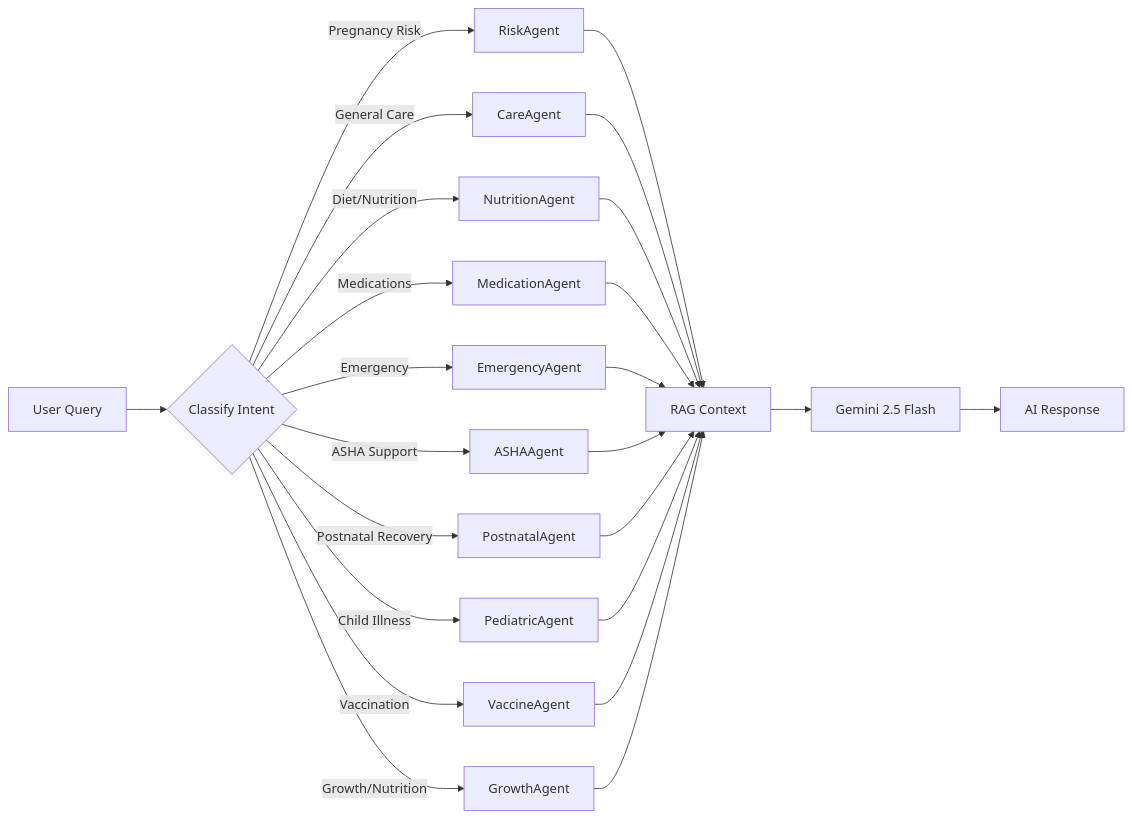
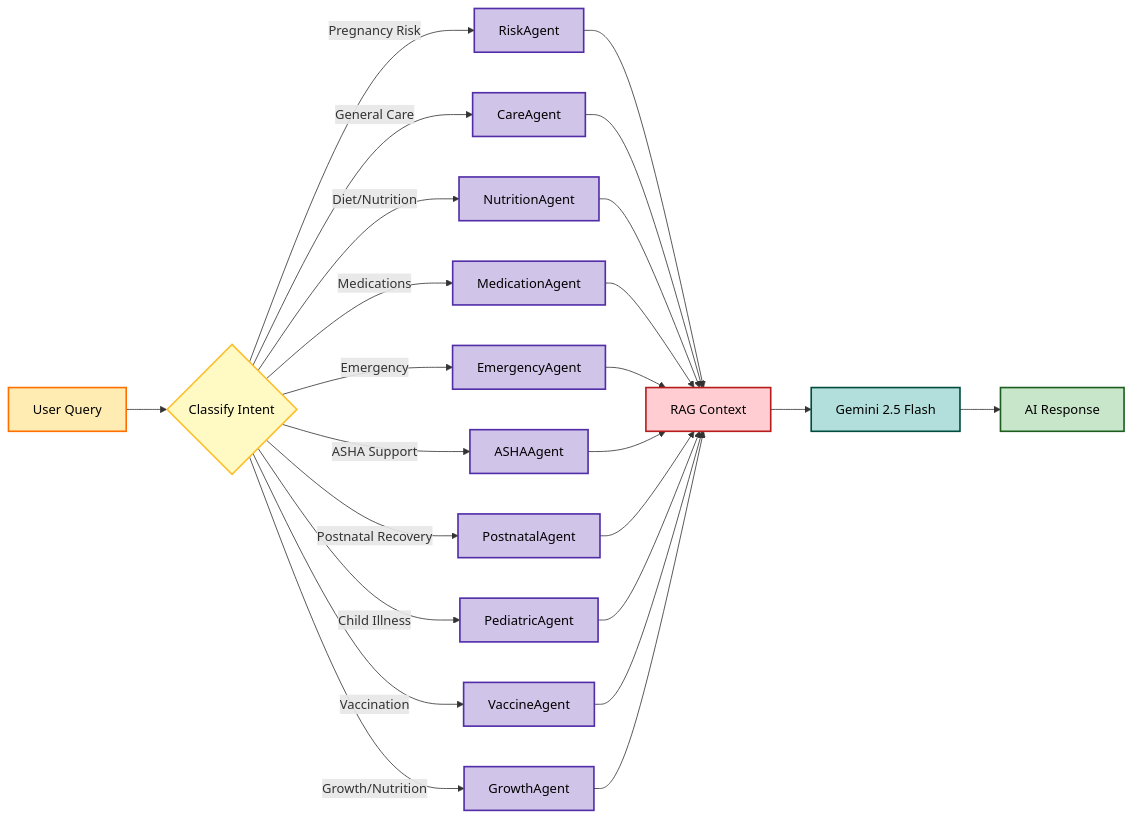
One commit to AIUtsavBot/aanchal_ai changed the second of 8 diagrams in README.md. Above: the diagram before and after it, drawn with Mermaid. The commit also changed other lines of this file, not shown here.

Commit message:
Update Mermaid diagrams with vibrant colors for better contrast

````diff
--- a/README.md
+++ b/README.md
@@ -129,29 +144,37 @@
 ```mermaid
 flowchart LR
-    Query["User Query"] --> Classify{"Classify Intent"}
+    %% Styles
+    classDef trigger fill:#ffecb3,stroke:#ff6f00,stroke-width:2px,color:black
+    classDef decision fill:#fff9c4,stroke:#fbc02d,stroke-width:2px,color:black
+    classDef agent fill:#d1c4e9,stroke:#512da8,stroke-width:2px,color:black
+    classDef rag fill:#ffcdd2,stroke:#b71c1c,stroke-width:2px,color:black
+    classDef llm fill:#b2dfdb,stroke:#004d40,stroke-width:2px,color:black
+    classDef output fill:#c8e6c9,stroke:#1b5e20,stroke-width:2px,color:black
+
+    Query["User Query"]:::trigger --> Classify{"Classify Intent"}:::decision
     
-    Classify -->|"Pregnancy Risk"| Risk["RiskAgent"]
-    Classify -->|"General Care"| Care["CareAgent"]
-    Classify -->|"Diet/Nutrition"| Nutrition["NutritionAgent"]
-    Classify -->|"Medications"| Medication["MedicationAgent"]
-    Classify -->|"Emergency"| Emergency["EmergencyAgent"]
-    Classify -->|"ASHA Support"| ASHA["ASHAAgent"]
-    Classify -->|"Postnatal Recovery"| Postnatal["PostnatalAgent"]
-    Classify -->|"Child Illness"| Pediatric["PediatricAgent"]
-    Classify -->|"Vaccination"| Vaccine["VaccineAgent"]
-    Classify -->|"Growth/Nutrition"| Growth["GrowthAgent"]
+    Classify -->|"Pregnancy Risk"| Risk["RiskAgent"]:::agent
+    Classify -->|"General Care"| Care["CareAgent"]:::agent
+    Classify -->|"Diet/Nutrition"| Nutrition["NutritionAgent"]:::agent
+    Classify -->|"Medications"| Medication["MedicationAgent"]:::agent
+    Classify -->|"Emergency"| Emergency["EmergencyAgent"]:::agent
+    Classify -->|"ASHA Support"| ASHA["ASHAAgent"]:::agent
+    Classify -->|"Postnatal Recovery"| Postnatal["PostnatalAgent"]:::agent
+    Classify -->|"Child Illness"| Pediatric["PediatricAgent"]:::agent
+    Classify -->|"Vaccination"| Vaccine["VaccineAgent"]:::agent
+    Classify -->|"Growth/Nutrition"| Growth["GrowthAgent"]:::agent
     
-    Risk --> RAG["RAG Context"]
+    Risk --> RAG["RAG Context"]:::rag
     Care --> RAG
     Nutrition --> RAG
     Medication --> RAG
     Emergency --> RAG
     ASHA --> RAG
     Postnatal --> RAG
     Pediatric --> RAG
     Vaccine --> RAG
     Growth --> RAG
     
-    RAG --> Gemini["Gemini 2.5 Flash"]
-    Gemini --> Response["AI Response"]
+    RAG --> Gemini["Gemini 2.5 Flash"]:::llm
+    Gemini --> Response["AI Response"]:::output
 ```
````
